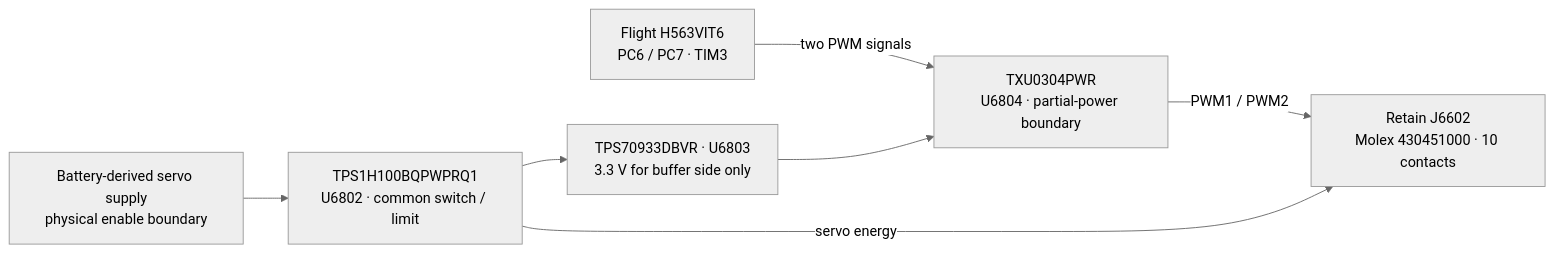
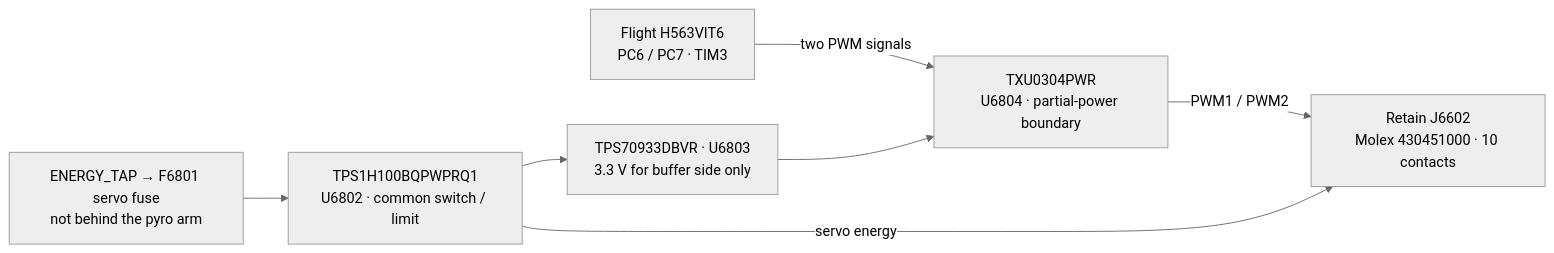
One commit to ULAS-HiPR/Ogma2 changed the diagram in docs/architecture/04-servos.md. Above: the diagram before and after it, drawn with Mermaid (neutral theme). The commit also changed other lines of this file and 25 other files, not shown here.

````diff
--- a/docs/architecture/04-servos.md
+++ b/docs/architecture/04-servos.md
@@ -20,15 +20,15 @@
 ```mermaid
 flowchart LR
   F["Flight H563VIT6
 PC6 / PC7 · TIM3"] -->|"two PWM signals"| B["TXU0304PWR
 U6804 · partial-power boundary"]
   B -->|"PWM1 / PWM2"| J["Retain J6602
 Molex 430451000 · 10 contacts"]
-  V["Battery-derived servo supply
-physical enable boundary"] --> W["TPS1H100BQPWPRQ1
+  V["ENERGY_TAP → F6801 servo fuse
+not behind the pyro arm"] --> W["TPS1H100BQPWPRQ1
 U6802 · common switch / limit"]
   W -->|"servo energy"| J
   W --> L["TPS70933DBVR · U6803
 3.3 V for buffer side only"]
   L --> B
 ```
````
